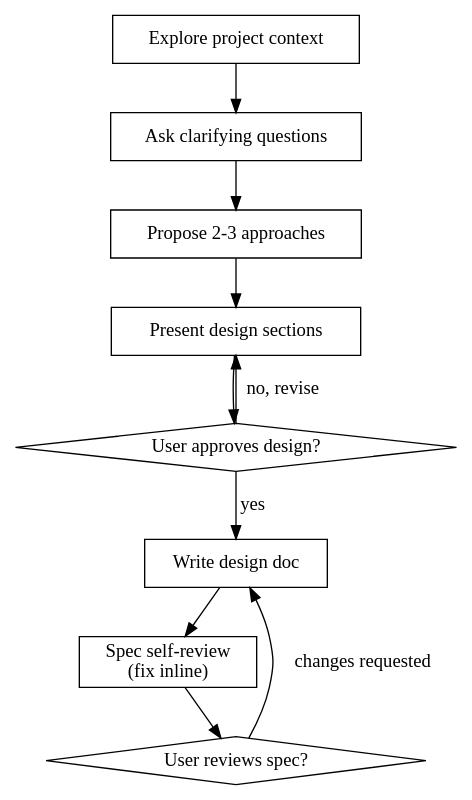
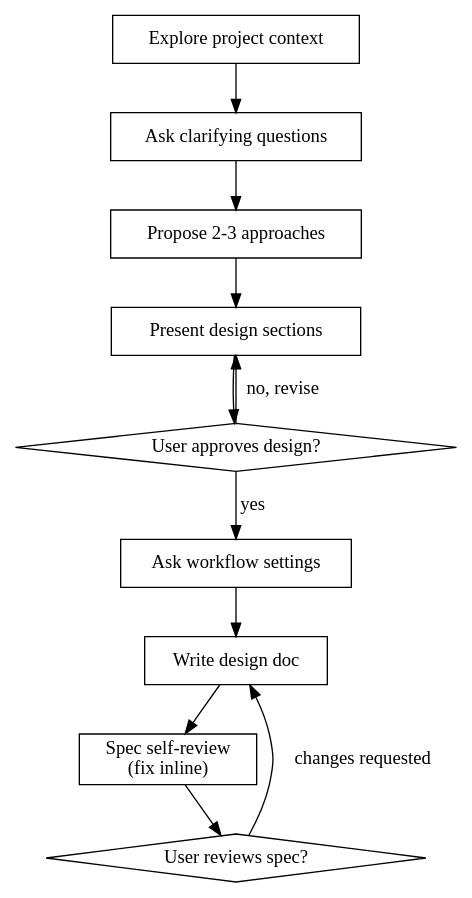
The diagram in ai/skills/brainstorming/SKILL.md (gil/dotfiles), drawn with Graphviz before and after one commit. The commit also changed other lines of this file and 2 other files, not shown here.

Commit message:
ai: improving coding workflow skills

````diff
--- a/ai/skills/brainstorming/SKILL.md
+++ b/ai/skills/brainstorming/SKILL.md
@@ -35,22 +36,24 @@
 ```dot
 digraph brainstorming {
     "Explore project context" [shape=box];
     "Ask clarifying questions" [shape=box];
     "Propose 2-3 approaches" [shape=box];
     "Present design sections" [shape=box];
     "User approves design?" [shape=diamond];
+    "Ask workflow settings" [shape=box];
     "Write design doc" [shape=box];
     "Spec self-review\n(fix inline)" [shape=box];
     "User reviews spec?" [shape=diamond];
 
     "Explore project context" -> "Ask clarifying questions";
     "Ask clarifying questions" -> "Propose 2-3 approaches";
     "Propose 2-3 approaches" -> "Present design sections";
     "Present design sections" -> "User approves design?";
     "User approves design?" -> "Present design sections" [label="no, revise"];
-    "User approves design?" -> "Write design doc" [label="yes"];
+    "User approves design?" -> "Ask workflow settings" [label="yes"];
+    "Ask workflow settings" -> "Write design doc";
     "Write design doc" -> "Spec self-review\n(fix inline)";
     "Spec self-review\n(fix inline)" -> "User reviews spec?";
     "User reviews spec?" -> "Write design doc" [label="changes requested"];
 }
 ```
````
